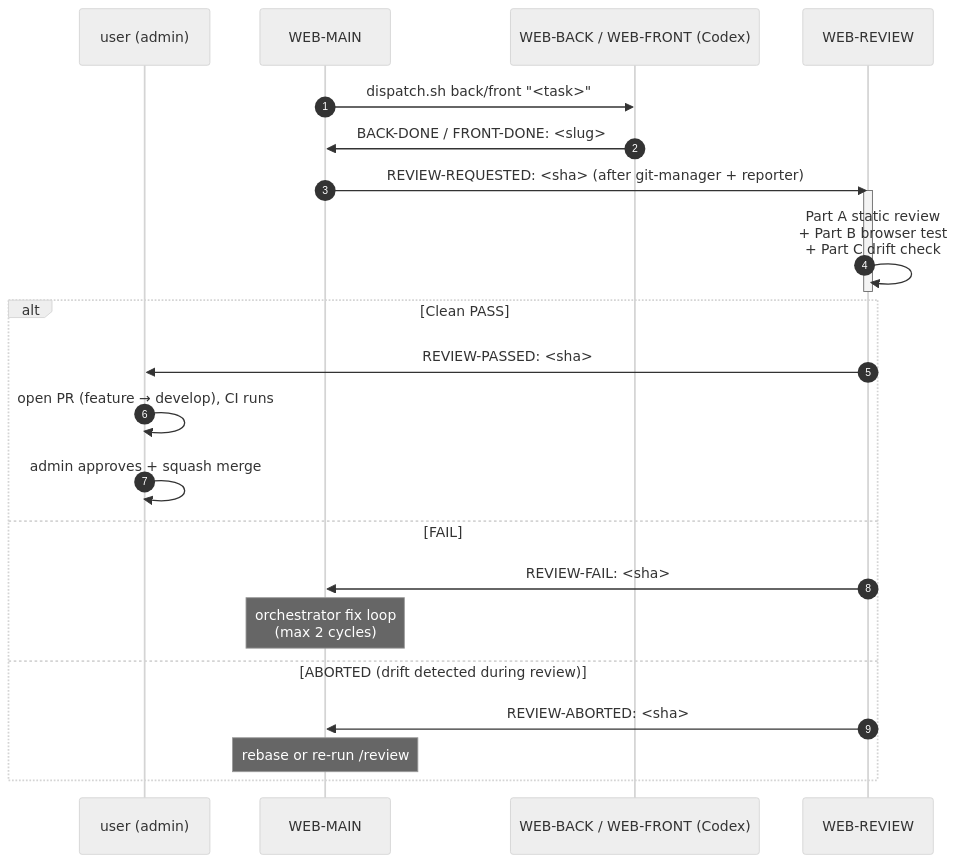
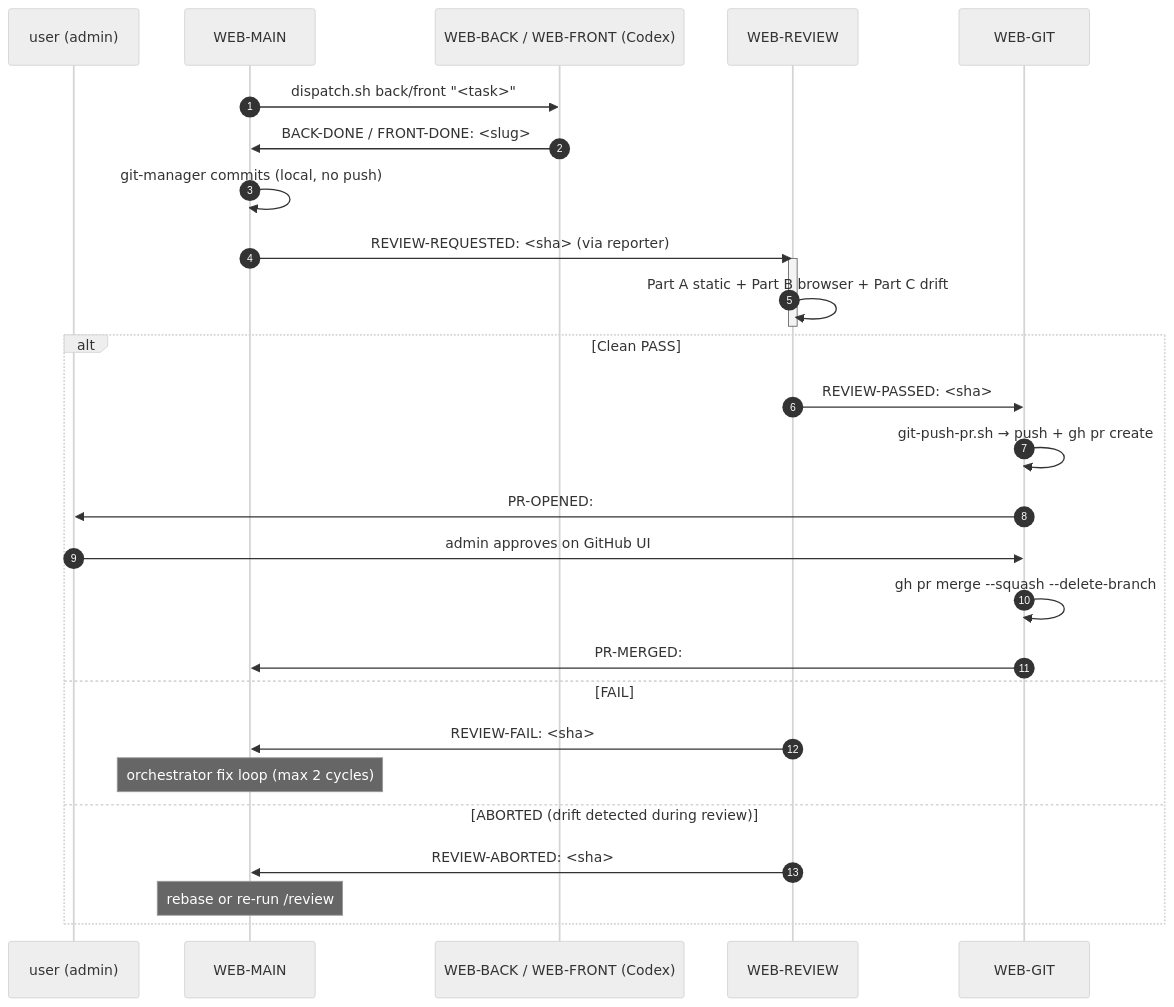
Before and after one commit to hongikarchi/archi-tinder: the second of 7 diagrams in .claude/WORKFLOW.md, drawn with Mermaid (neutral theme). The commit also changed other lines of this file and 53 other files, not shown here.

````diff
--- a/.claude/WORKFLOW.md
+++ b/.claude/WORKFLOW.md
@@ -44,27 +50,32 @@
 ```mermaid
 sequenceDiagram
     autonumber
     participant U as user (admin)
     participant M as WEB-MAIN
     participant T as WEB-BACK / WEB-FRONT (Codex)
     participant V as WEB-REVIEW
+    participant G as WEB-GIT
 
     M->>T: dispatch.sh back/front "<task>"
     T->>M: BACK-DONE / FRONT-DONE: <slug>
-    M->>V: REVIEW-REQUESTED: <sha> (after git-manager + reporter)
+    M->>M: git-manager commits (local, no push)
+    M->>V: REVIEW-REQUESTED: <sha> (via reporter)
     activate V
-    V->>V: Part A static review<br/>+ Part B browser test<br/>+ Part C drift check
+    V->>V: Part A static + Part B browser + Part C drift
     deactivate V
 
     alt Clean PASS
-        V->>U: REVIEW-PASSED: <sha>
-        U->>U: open PR (feature → develop), CI runs
-        U->>U: admin approves + squash merge
+        V->>G: REVIEW-PASSED: <sha>
+        G->>G: git-push-pr.sh → push + gh pr create
+        G->>U: PR-OPENED: #<N> + CI poll
+        U->>G: admin approves on GitHub UI
+        G->>G: gh pr merge --squash --delete-branch
+        G->>M: PR-MERGED: #<N>
     else FAIL
         V->>M: REVIEW-FAIL: <sha>
-        Note over M: orchestrator fix loop<br/>(max 2 cycles)
+        Note over M: orchestrator fix loop (max 2 cycles)
     else ABORTED (drift detected during review)
         V->>M: REVIEW-ABORTED: <sha>
         Note over M: rebase or re-run /review
     end
 ```
````
